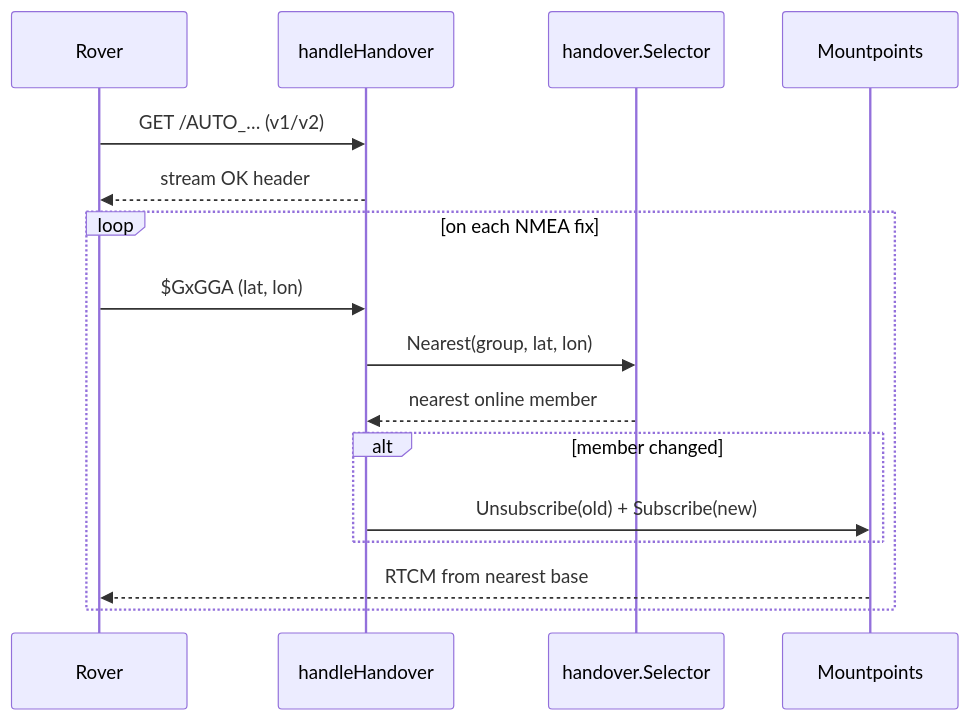
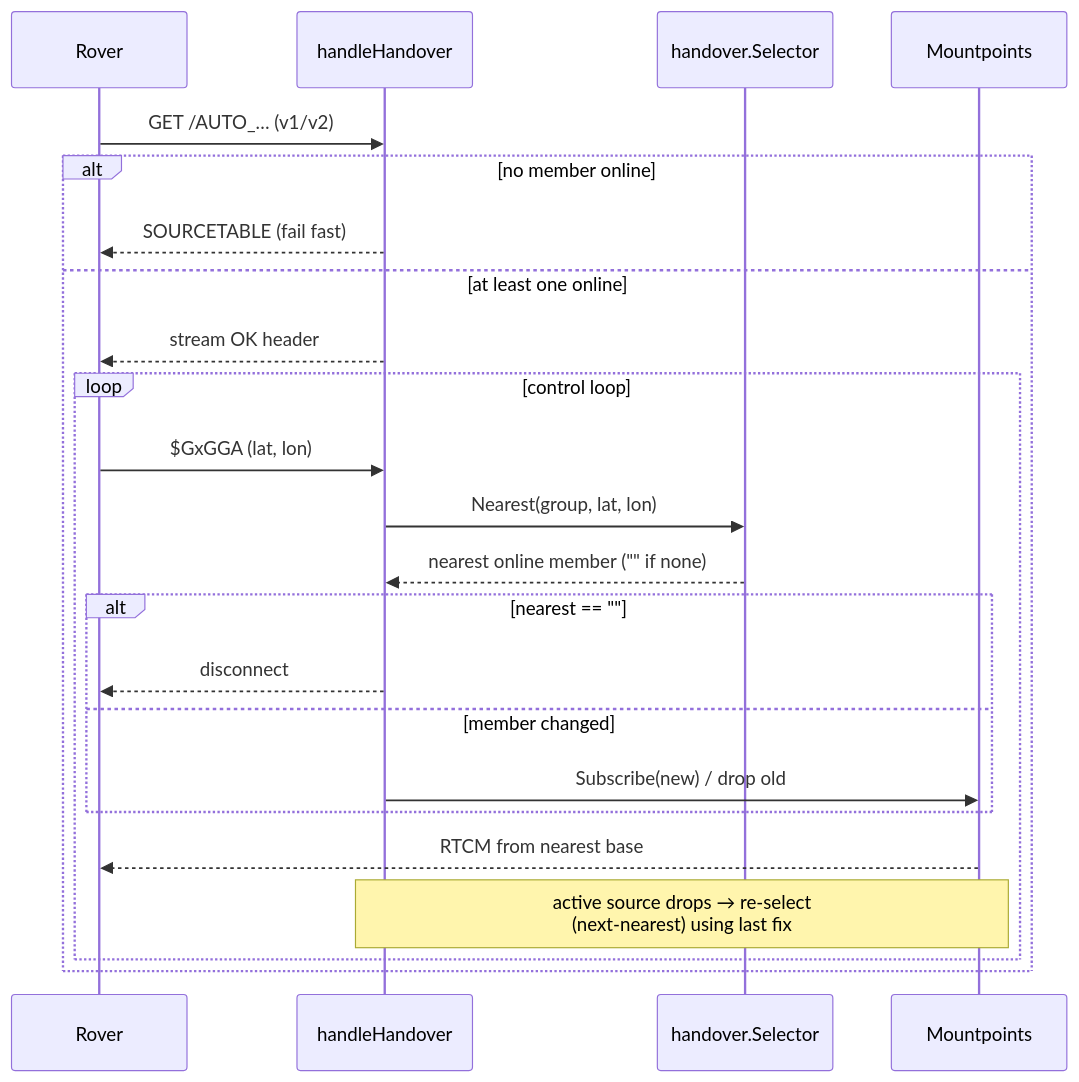
Before and after one commit to symysak/ntrip-caster: the third of 3 diagrams in readme.md, drawn with Mermaid. The commit also changed other lines of this file and 4 other files, not shown here.

First line of the commit message:
Handover: fail fast when no member online; re-route on source drop

````diff
--- a/readme.md
+++ b/readme.md
@@ -101,18 +102,25 @@
 ```mermaid
 sequenceDiagram
     participant R as Rover
     participant H as handleHandover
     participant Sel as handover.Selector
     participant MP as Mountpoints
     R->>H: GET /AUTO_… (v1/v2)
-    H-->>R: stream OK header
-    loop on each NMEA fix
-        R->>H: $GxGGA (lat, lon)
-        H->>Sel: Nearest(group, lat, lon)
-        Sel-->>H: nearest online member
-        alt member changed
-            H->>MP: Unsubscribe(old) + Subscribe(new)
+    alt no member online
+        H-->>R: SOURCETABLE (fail fast)
+    else at least one online
+        H-->>R: stream OK header
+        loop control loop
+            R->>H: $GxGGA (lat, lon)
+            H->>Sel: Nearest(group, lat, lon)
+            Sel-->>H: nearest online member ("" if none)
+            alt nearest == ""
+                H-->>R: disconnect
+            else member changed
+                H->>MP: Subscribe(new) / drop old
+            end
+            MP-->>R: RTCM from nearest base
+            Note over H,MP: active source drops → re-select<br/>(next-nearest) using last fix
         end
-        MP-->>R: RTCM from nearest base
     end
 ```
````
